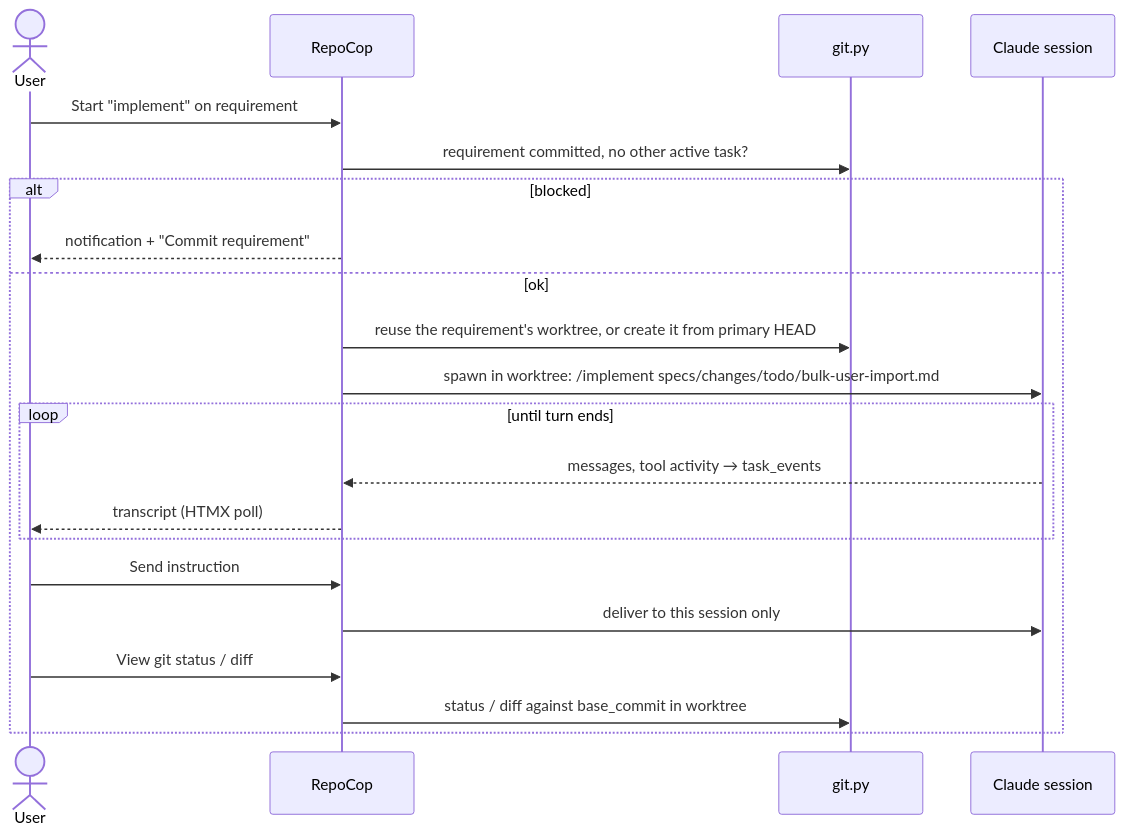
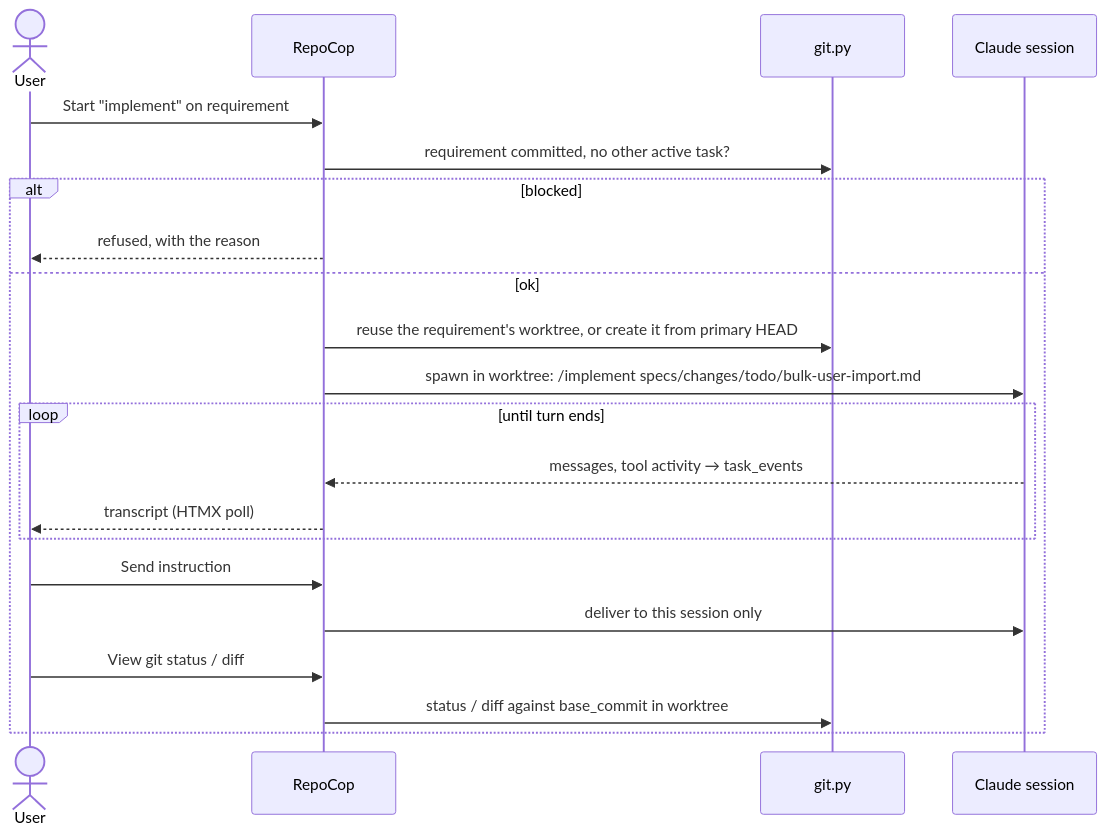
Before and after one commit to eliveikis/repocop: the fifth of 5 diagrams in specs/architecture.md, drawn with Mermaid. The commit also changed other lines of this file and 47 other files, not shown here.

````diff
--- a/specs/architecture.md
+++ b/specs/architecture.md
@@ -336,23 +335,23 @@
 ```mermaid
 sequenceDiagram
     actor U as User
     participant C as RepoCop
     participant G as git.py
     participant S as Claude session
     U->>C: Start "implement" on requirement
     C->>G: requirement committed, no other active task?
     alt blocked
-        C-->>U: notification + "Commit requirement"
+        C-->>U: refused, with the reason
     else ok
         C->>G: reuse the requirement's worktree, or create it from primary HEAD
         C->>S: spawn in worktree: /implement specs/changes/todo/bulk-user-import.md
         loop until turn ends
             S-->>C: messages, tool activity → task_events
             C-->>U: transcript (HTMX poll)
         end
         U->>C: Send instruction
         C->>S: deliver to this session only
         U->>C: View git status / diff
         C->>G: status / diff against base_commit in worktree
     end
 ```
````
